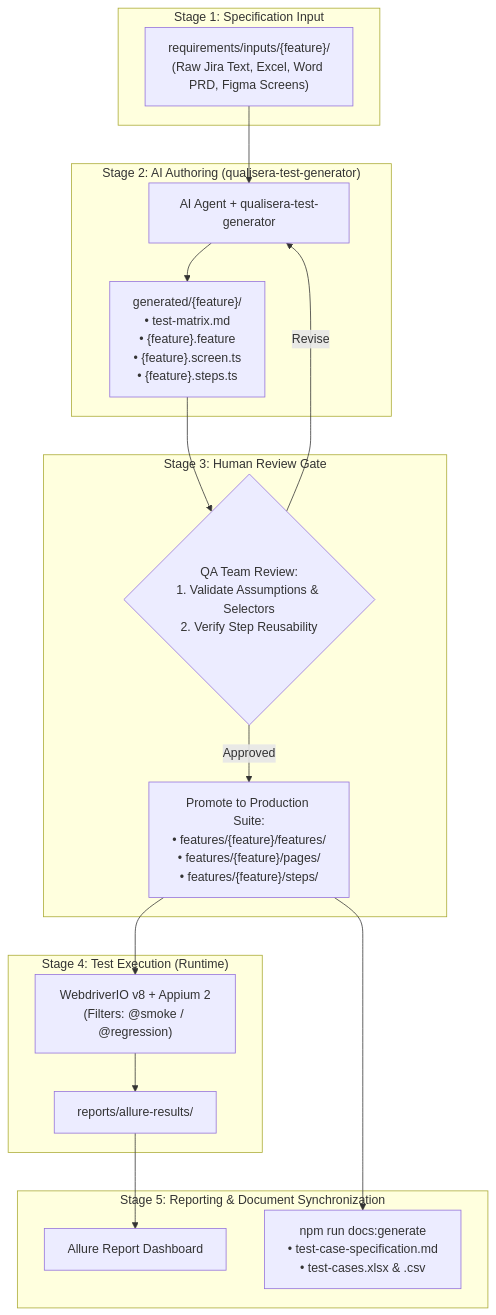
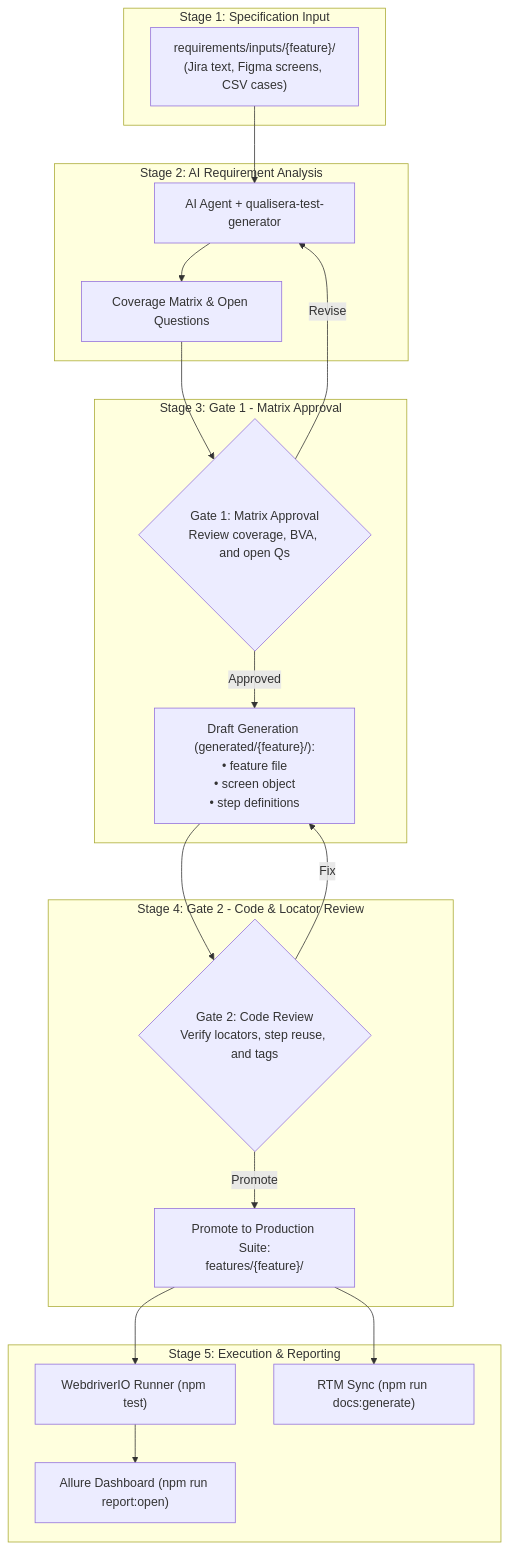
One commit to fraharjo/qualisera-automation changed the diagram in README.md. Above: the diagram before and after it, drawn with Mermaid. The commit also changed other lines of this file and 4 other files, not shown here.

````diff
--- a/README.md
+++ b/README.md
@@ -46,35 +96,38 @@
 ```mermaid
 flowchart TD
     subgraph STAGE_1 ["Stage 1: Specification Input"]
-        REQ["requirements/inputs/{feature}/<br/>(Raw Jira Text, Excel, Word PRD, Figma Screens)"]
+        REQ["requirements/inputs/{feature}/<br/>(Jira text, Figma screens, CSV cases)"]
     end
 
-    subgraph STAGE_2 ["Stage 2: AI Authoring (qualisera-test-generator)"]
+    subgraph STAGE_2 ["Stage 2: AI Requirement Analysis"]
         AGENT_GEN["AI Agent + qualisera-test-generator"]
-        DRAFT["generated/{feature}/<br/>• test-matrix.md<br/>• {feature}.feature<br/>• {feature}.screen.ts<br/>• {feature}.steps.ts"]
+        MATRIX["Coverage Matrix & Open Questions"]
         REQ --> AGENT_GEN
-        AGENT_GEN --> DRAFT
+        AGENT_GEN --> MATRIX
     end
 
-    subgraph STAGE_3 ["Stage 3: Human Review Gate"]
-        GATE{"QA Team Review:<br/>1. Validate Assumptions & Selectors<br/>2. Verify Step Reusability"}
-        DRAFT --> GATE
-        PROMOTED["Promote to Production Suite:<br/>• features/{feature}/features/<br/>• features/{feature}/pages/<br/>• features/{feature}/steps/"]
-        GATE -- "Approved" --> PROMOTED
-        GATE -- "Revise" --> AGENT_GEN
+    subgraph STAGE_3 ["Stage 3: Gate 1 - Matrix Approval"]
+        GATE_1{"Gate 1: Matrix Approval<br/>Review coverage, BVA, and open Qs"}
+        MATRIX --> GATE_1
+        DRAFT["Draft Generation (generated/{feature}/):<br/>• feature file<br/>• screen object<br/>• step definitions"]
+        GATE_1 -- "Approved" --> DRAFT
+        GATE_1 -- "Revise" --> AGENT_GEN
     end
 
-    subgraph STAGE_4 ["Stage 4: Test Execution (Runtime)"]
-        RUNNER["WebdriverIO v8 + Appium 2<br/>(Filters: @smoke / @regression)"]
-        PROMOTED --> RUNNER
-        RESULTS["reports/allure-results/"]
-        RUNNER --> RESULTS
+    subgraph STAGE_4 ["Stage 4: Gate 2 - Code & Locator Review"]
+        GATE_2{"Gate 2: Code Review<br/>Verify locators, step reuse, and tags"}
+        DRAFT --> GATE_2
+        PROMOTED["Promote to Production Suite:<br/>features/{feature}/"]
+        GATE_2 -- "Promote" --> PROMOTED
+        GATE_2 -- "Fix" --> DRAFT
     end
 
-    subgraph STAGE_5 ["Stage 5: Reporting & Document Synchronization"]
-        REPORT["Allure Report Dashboard"]
-        DOCS["npm run docs:generate<br/>• test-case-specification.md<br/>• test-cases.xlsx & .csv"]
-        RESULTS --> REPORT
+    subgraph STAGE_5 ["Stage 5: Execution & Reporting"]
+        RUNNER["WebdriverIO Runner (npm test)"]
+        ALLURE["Allure Dashboard (npm run report:open)"]
+        DOCS["RTM Sync (npm run docs:generate)"]
+        PROMOTED --> RUNNER
+        RUNNER --> ALLURE
         PROMOTED --> DOCS
     end
 ```
````
